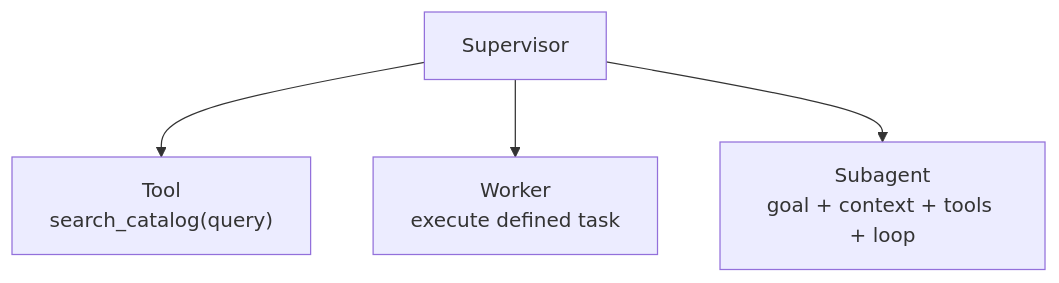
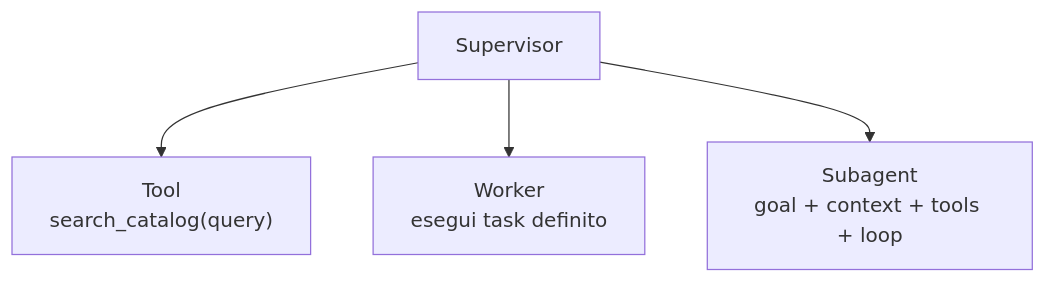
The first of 8 diagrams in files/AI Engineering/MultiAgentDesign_en.md (Rkomi98/MyBlog), drawn with Mermaid before and after one commit. The commit also changed other lines of this file and 59 other files, not shown here.

````diff
--- a/files/AI Engineering/MultiAgentDesign_en.md
+++ b/files/AI Engineering/MultiAgentDesign_en.md
@@ -21,7 +21,7 @@
 ```mermaid
 flowchart TB
     S[Supervisor]
     S --> T["Tool<br/>search_catalog(query)"]
-    S --> W[Worker<br/>execute defined task]
+    S --> W[Worker<br/>esegui task definito]
     S --> A[Subagent<br/>goal + context + tools + loop]
 ```
````
